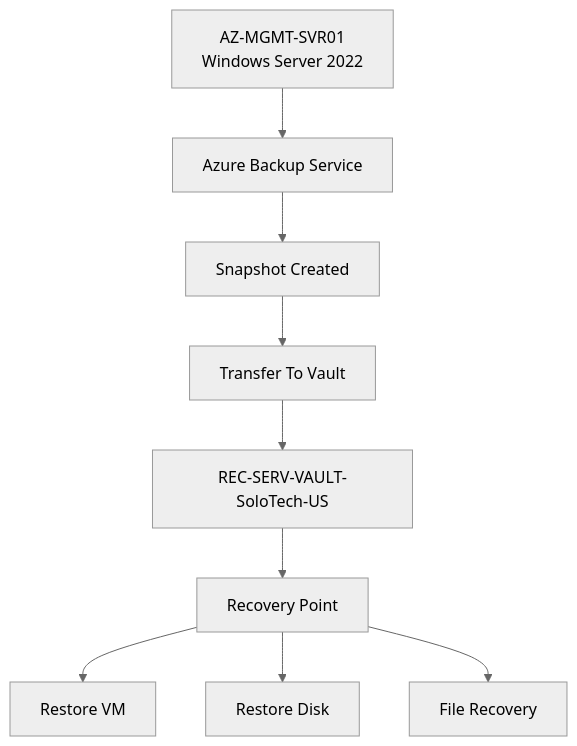
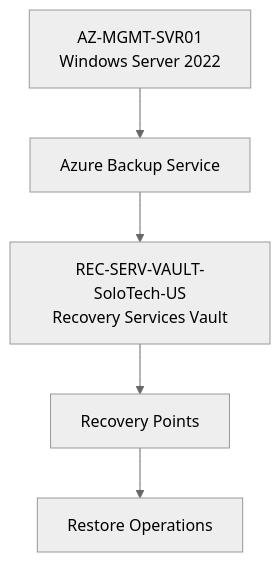
One commit to Solomon-Botchway/Azure-Enterprise-Infrastructure-Operations-Monitoring-Project changed the first of 7 diagrams in 10-AzureBackupRecovery.md. Above: the diagram before and after it, drawn with Mermaid (neutral theme). The commit also changed other lines of this file, not shown here.

First line of the commit message:
Revise Azure Backup & Recovery documentation

````diff
--- a/10-AzureBackupRecovery.md
+++ b/10-AzureBackupRecovery.md
@@ -28,21 +79,13 @@
 ```mermaid
 flowchart TB
 
     A[AZ-MGMT-SVR01<br>Windows Server 2022]
 
     A --> B[Azure Backup Service]
 
-    B --> C[Snapshot Created]
+    B --> C[REC-SERV-VAULT-SoloTech-US<br>Recovery Services Vault]
 
-    C --> D[Transfer To Vault]
+    C --> D[Recovery Points]
 
-    D --> E[REC-SERV-VAULT-SoloTech-US]
-
-    E --> F[Recovery Point]
-
-    F --> G[Restore VM]
-
-    F --> H[Restore Disk]
-
-    F --> I[File Recovery]
+    D --> E[Restore Operations]
 ```
````
